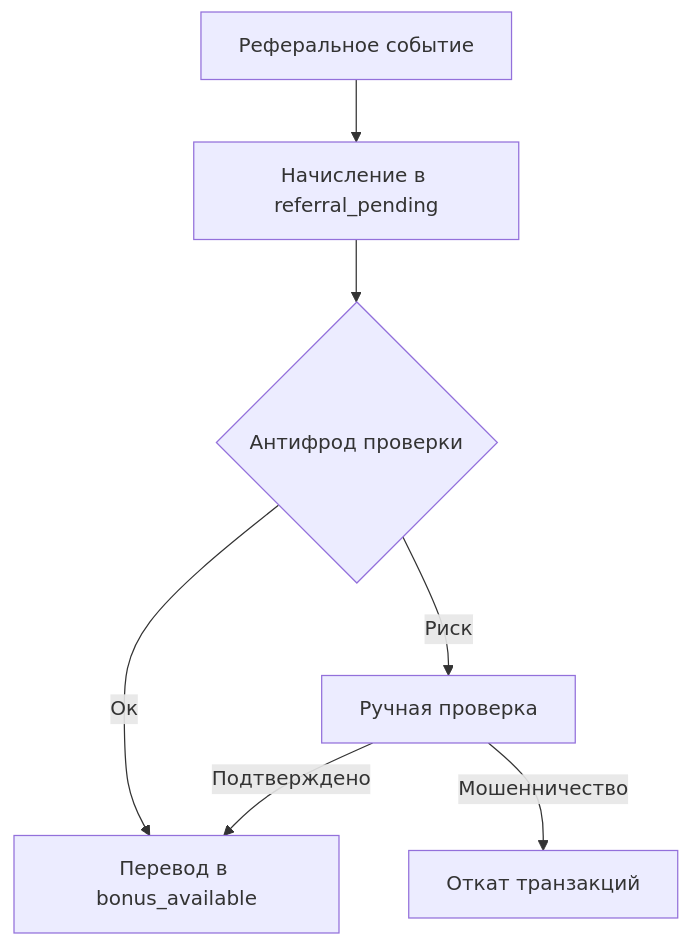
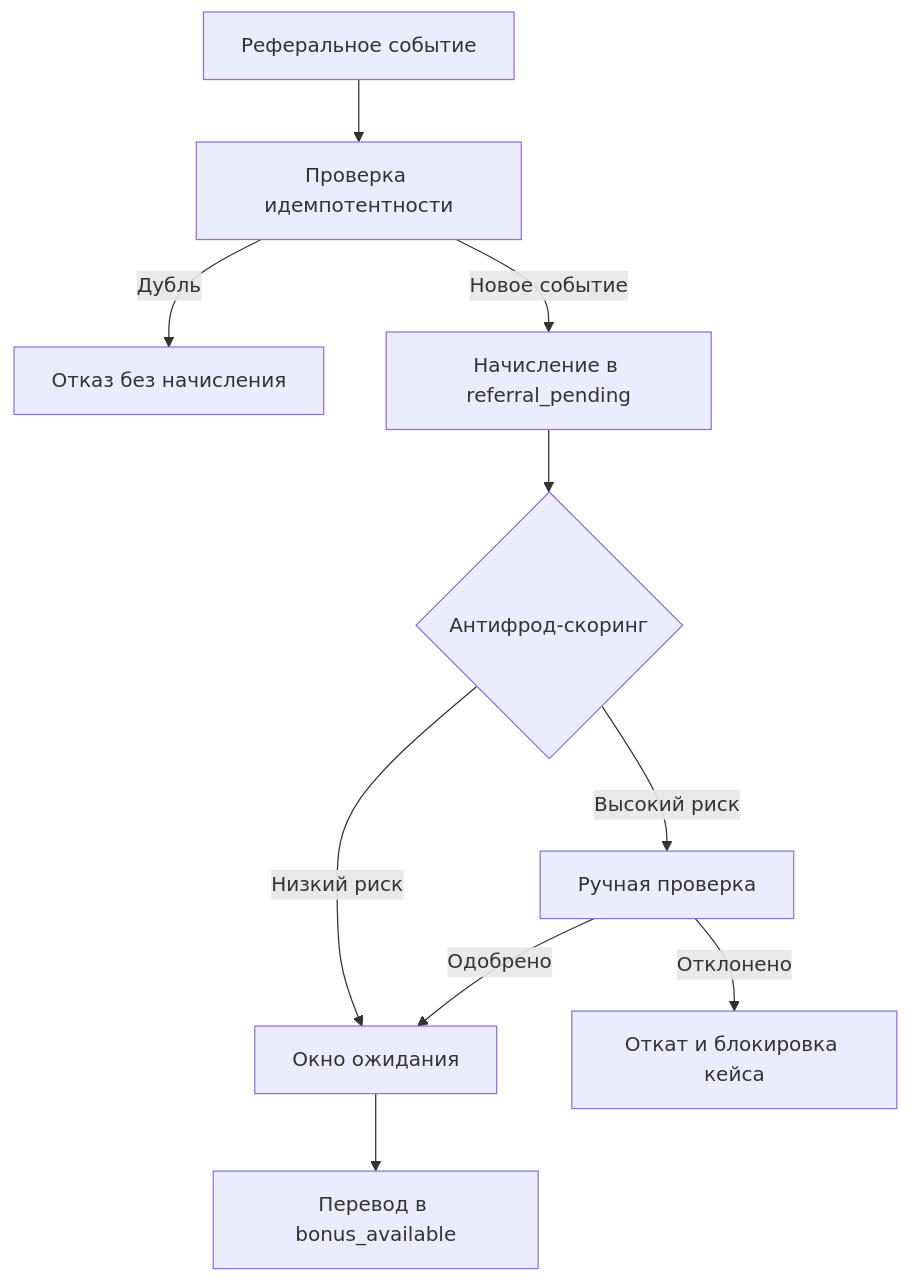
The diagram in docs/howto-referral-program.md (nazbav/yii2-account-balance), drawn with Mermaid before and after one commit. The commit also changed other lines of this file and 19 other files, not shown here.

````diff
--- a/docs/howto-referral-program.md
+++ b/docs/howto-referral-program.md
@@ -105,9 +91,12 @@
 ```mermaid
 flowchart TD
-  A[Реферальное событие] --> B[Начисление в referral_pending]
-  B --> C{Антифрод проверки}
-  C -- Ок --> D[Перевод в bonus_available]
-  C -- Риск --> E[Ручная проверка]
-  E -- Подтверждено --> D
-  E -- Мошенничество --> F[Откат транзакций]
+    A[Реферальное событие] --> B[Проверка идемпотентности]
+    B -- Дубль --> X[Отказ без начисления]
+    B -- Новое событие --> C[Начисление в referral_pending]
+    C --> D{Антифрод-скоринг}
+    D -- Низкий риск --> E[Окно ожидания]
+    D -- Высокий риск --> F[Ручная проверка]
+    F -- Одобрено --> E
+    F -- Отклонено --> G[Откат и блокировка кейса]
+    E --> H[Перевод в bonus_available]
 ```
````
